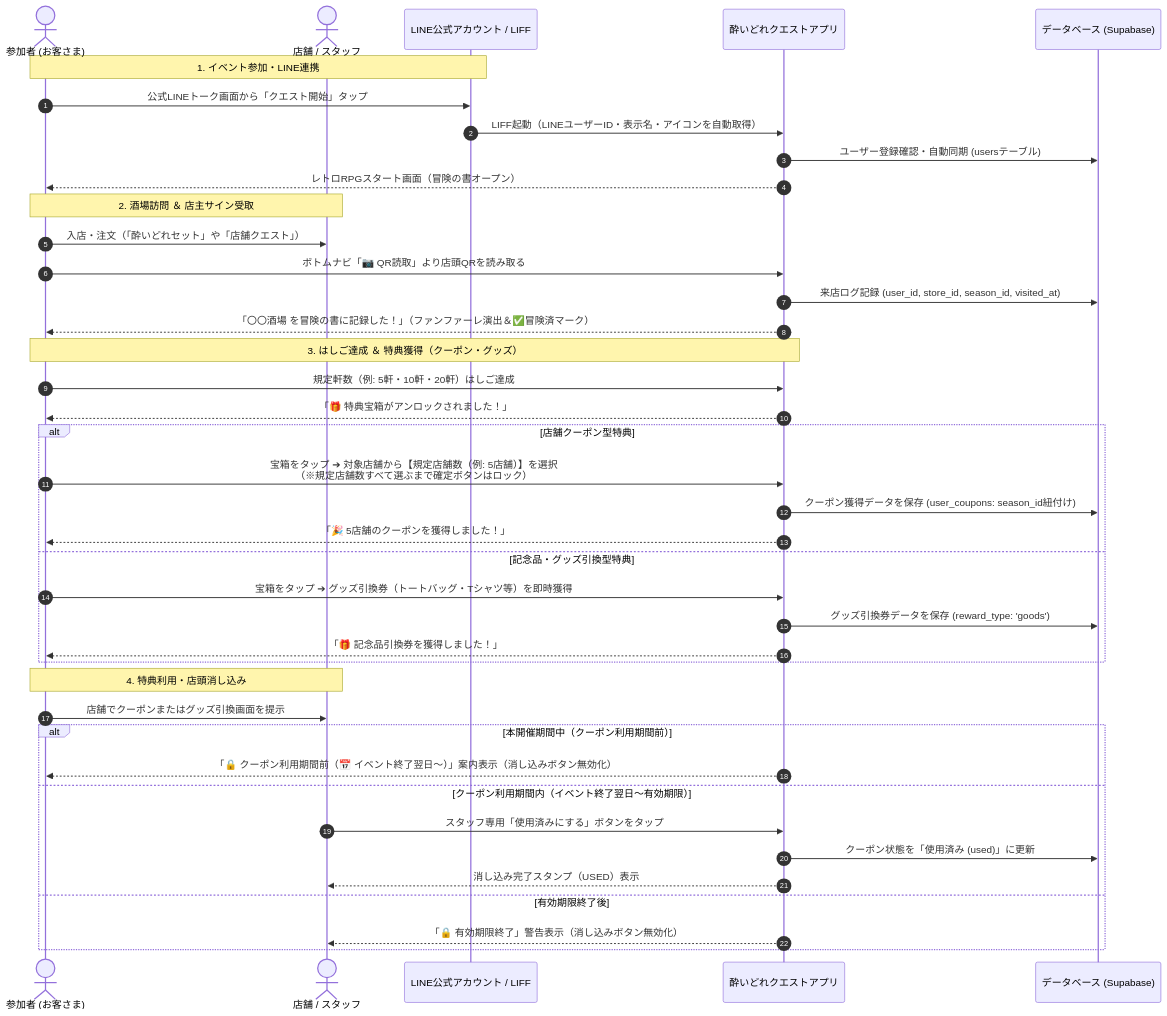
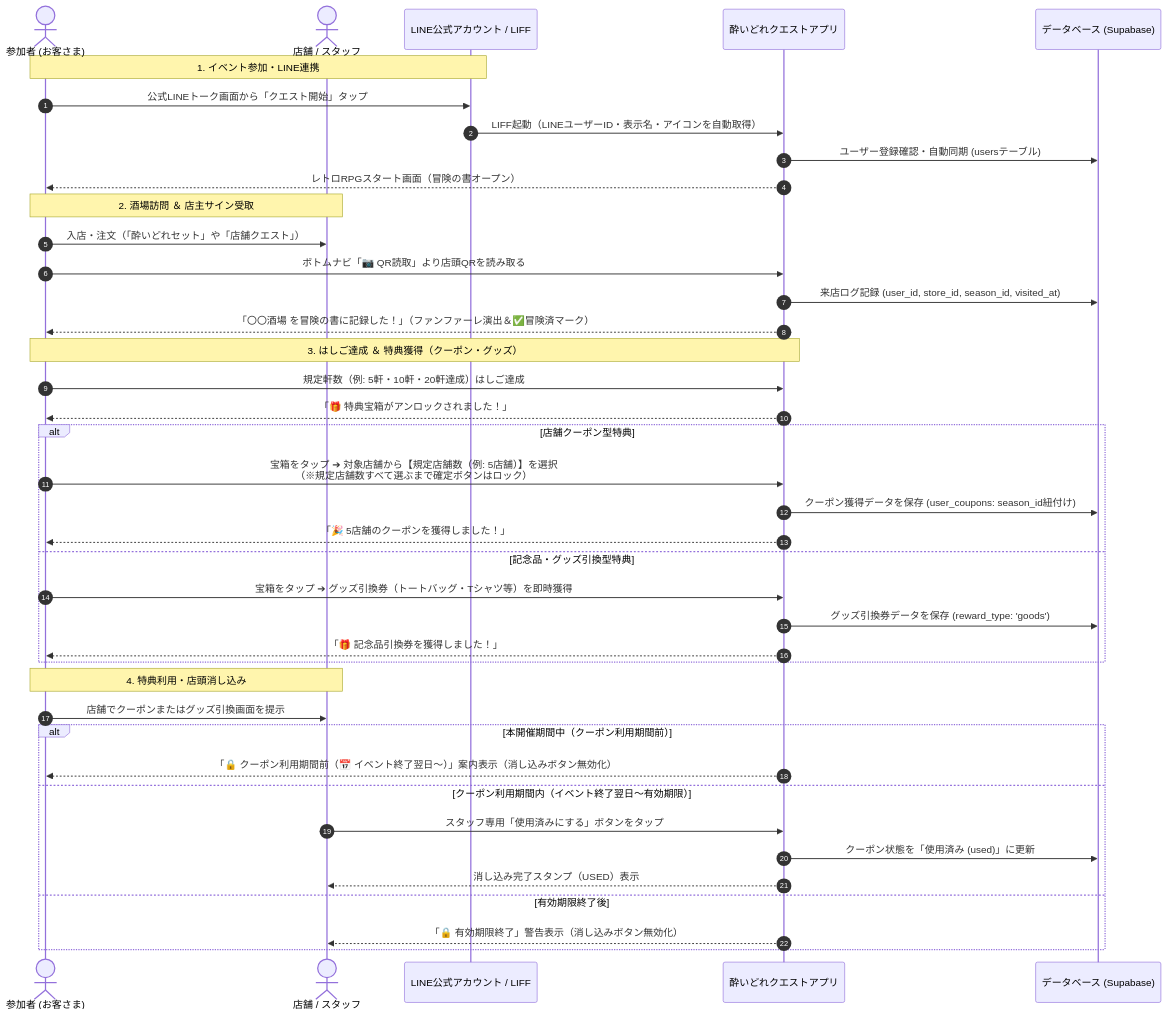
One commit to taishoyoidore-ui/yoidore-quest2 changed the second of 5 diagrams in doc/SPECIFICATION.md. Above: the diagram before and after it, drawn with Mermaid. The commit also changed other lines of this file and 4 other files, not shown here.

````diff
--- a/doc/SPECIFICATION.md
+++ b/doc/SPECIFICATION.md
@@ -69,46 +69,46 @@
 ```mermaid
 sequenceDiagram
     autonumber
     actor User as 参加者 (お客さま)
     actor Shop as 店舗 / スタッフ
     participant LINE as LINE公式アカウント / LIFF
     participant App as 酔いどれクエストアプリ
     participant DB as データベース (Supabase)
 
     Note over User, LINE: 1. イベント参加・LINE連携
     User->>LINE: 公式LINEトーク画面から「クエスト開始」タップ
     LINE->>App: LIFF起動（LINEユーザーID・表示名・アイコンを自動取得）
     App->>DB: ユーザー登録確認・自動同期 (usersテーブル)
     App-->>User: レトロRPGスタート画面（冒険の書オープン）
 
     Note over User, Shop: 2. 酒場訪問 ＆ 店主サイン受取
     User->>Shop: 入店・注文（「酔いどれセット」や「店舗クエスト」）
     User->>App: ボトムナビ「📷 QR読取」より店頭QRを読み取る
     App->>DB: 来店ログ記録 (user_id, store_id, season_id, visited_at)
     App-->>User: 「〇〇酒場 を冒険の書に記録した！」（ファンファーレ演出＆✅冒険済マーク）
 
     Note over User, App: 3. はしご達成 ＆ 特典獲得（クーポン・グッズ）
-    User->>App: 規定軒数（例: 5軒・10軒・20軒）はしご達成
+    User->>App: 規定軒数（例: 5軒・10軒・20軒達成）はしご達成
     App-->>User: 「🎁 特典宝箱がアンロックされました！」
     alt 店舗クーポン型特典
         User->>App: 宝箱をタップ ➔ 対象店舗から【規定店舗数（例: 5店舗）】を選択<br/>（※規定店舗数すべて選ぶまで確定ボタンはロック）
         App->>DB: クーポン獲得データを保存 (user_coupons: season_id紐付け)
         App-->>User: 「🎉 5店舗のクーポンを獲得しました！」
     else 記念品・グッズ引換型特典
         User->>App: 宝箱をタップ ➔ グッズ引換券（トートバッグ・Tシャツ等）を即時獲得
         App->>DB: グッズ引換券データを保存 (reward_type: 'goods')
         App-->>User: 「🎁 記念品引換券を獲得しました！」
     end
 
     Note over User, Shop: 4. 特典利用・店頭消し込み
     User->>Shop: 店舗でクーポンまたはグッズ引換画面を提示
     alt 本開催期間中（クーポン利用期間前）
         App-->>User: 「🔒 クーポン利用期間前（📅 イベント終了翌日〜）」案内表示（消し込みボタン無効化）
     else クーポン利用期間内（イベント終了翌日〜有効期限）
         Shop->>App: スタッフ専用「使用済みにする」ボタンをタップ
         App->>DB: クーポン状態を「使用済み (used)」に更新
         App-->>Shop: 消し込み完了スタンプ（USED）表示
     else 有効期限終了後
         App-->>Shop: 「🔒 有効期限終了」警告表示（消し込みボタン無効化）
     end
 ```
````
